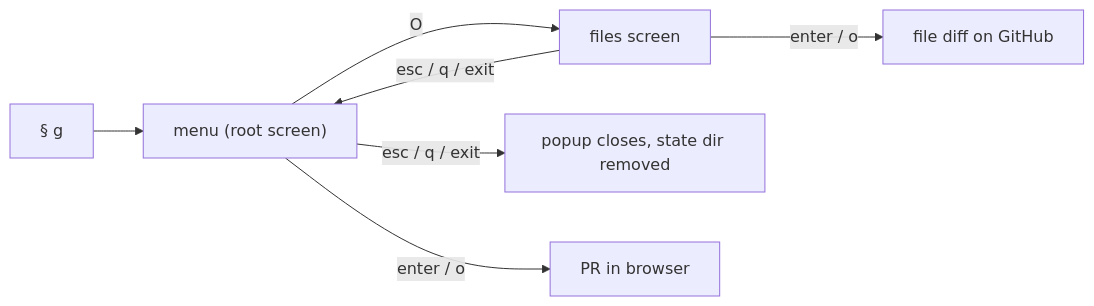
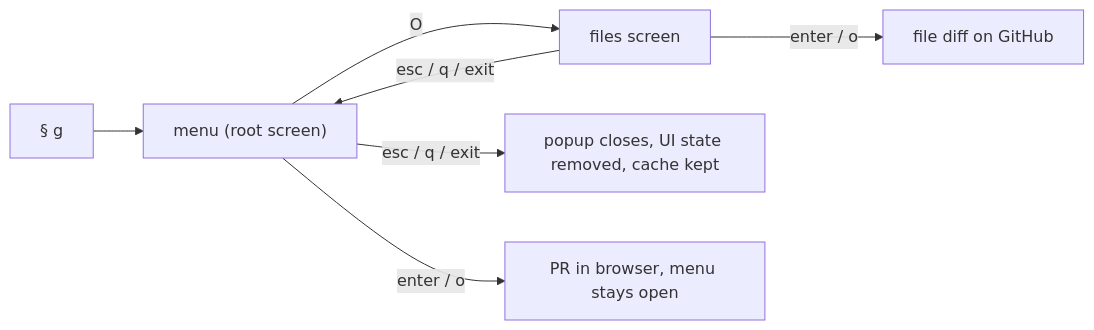
The first of 5 diagrams in docs/tmux-pr-menu.md (klaygomes/dotfiles), drawn with Mermaid before and after one commit. The commit also changed other lines of this file and 7 other files, not shown here.

First line of the commit message:
feat(tmux): cache PR menu responses for 5 minutes

````diff
--- a/docs/tmux-pr-menu.md
+++ b/docs/tmux-pr-menu.md
@@ -14,9 +14,9 @@
 ```mermaid
 flowchart LR
   G["§ g"] --> M["menu (root screen)"]
   M -- "O" --> F["files screen"]
   F -- "esc / q / exit" --> M
-  M -- "esc / q / exit" --> X["popup closes, state dir removed"]
-  M -- "enter / o" --> B["PR in browser"]
+  M -- "esc / q / exit" --> X["popup closes, UI state removed, cache kept"]
+  M -- "enter / o" --> B["PR in browser, menu stays open"]
   F -- "enter / o" --> D["file diff on GitHub"]
 ```
````
